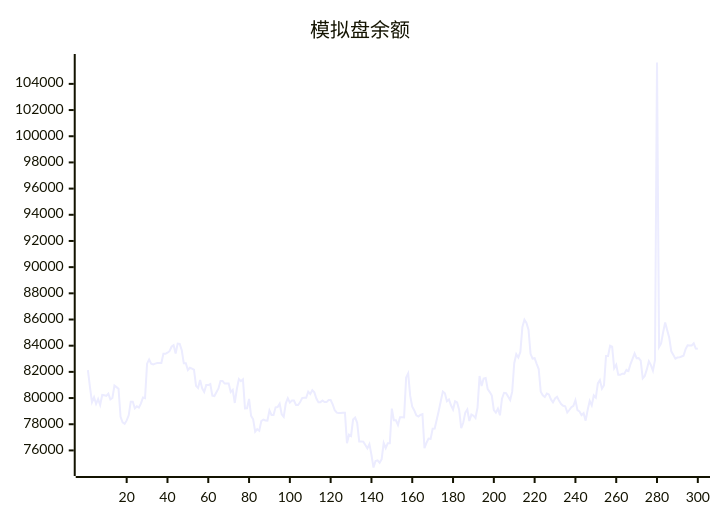
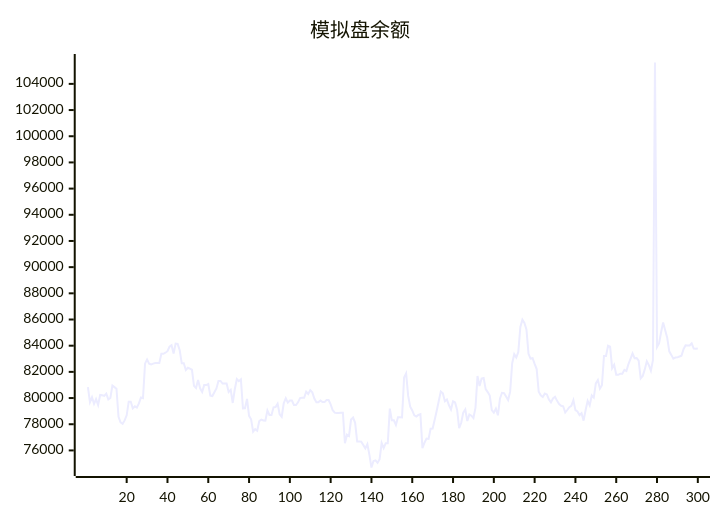
The diagram in README.md (aahl/ai-trading), drawn with Mermaid before and after one commit. The commit also changed other lines of this file and 1 other file, not shown here.

````diff
--- a/README.md
+++ b/README.md
@@ -5,5 +5,5 @@
 ```mermaid
 xychart
     title "模拟盘余额"
-    line [82125,80840,79688,80060,79552,79920,79470,80236,80208,80170,80336,79894,80006,80954,80837,80712,78561,78139,78037,78293,78682,79720,79720,79214,79372,79279,79591,80046,79993,82625,82950,82626,82571,82633,82670,82670,82681,83386,83378,83464,83579,83920,84037,83402,84160,84142,83652,82655,82655,82145,82315,82243,82163,80934,80770,81371,80742,80468,80989,80989,81067,80191,80155,80450,80737,81309,81309,81106,81119,81119,80471,80631,79624,80670,81448,81290,81429,79212,79222,79940,78643,78380,77432,77623,77504,78235,78358,78284,78277,79048,78714,78714,79290,79308,79567,78763,78563,79603,79988,79652,79813,79813,79476,79469,79673,79995,80015,80015,80486,80314,80600,80436,79966,79689,79689,79819,79692,79692,79850,79850,79518,79071,78889,78850,78850,78878,78878,76554,77202,77103,78357,78510,78106,76678,76677,76672,76411,76159,76485,75656,74695,75197,75246,75052,75334,76564,76179,76553,76551,79196,78300,78300,77944,78531,78531,78521,81564,81884,80160,79335,79055,78675,78580,78708,78764,76179,76586,76902,76876,77658,77669,78346,79023,79769,80497,80366,79761,79896,79448,79126,79749,79658,79097,77695,78114,78888,79126,78249,78738,78653,78478,79271,81680,80923,81488,81527,80681,80455,80190,79084,78879,79193,78686,79954,80403,80374,80118,79848,80491,82665,83351,83098,83525,85430,85983,85737,85221,83378,83014,83043,82613,82216,80477,80208,80081,80348,80277,79894,79670,79965,80093,79786,79542,79406,79371,78893,79087,79304,79406,79841,79072,78978,78696,78846,78272,79085,79787,79442,80198,80031,81120,81379,80718,80985,83214,83212,83993,83921,82270,82547,81776,81776,81866,81866,82158,82061,82596,83000,83408,83041,83050,82858,81503,81691,82188,82812,82517,82092,82901,105633,83898,84180,85030,85781,85178,84604,83569,83298,83008,83093,83107,83175,83228,83729,84025,84017,84019,84177,83775,83762]
+    line [80840,79688,80060,79552,79920,79470,80236,80208,80170,80336,79894,80006,80954,80837,80712,78561,78139,78037,78293,78682,79720,79720,79214,79372,79279,79591,80046,79993,82625,82950,82626,82571,82633,82670,82670,82681,83386,83378,83464,83579,83920,84037,83402,84160,84142,83652,82655,82655,82145,82315,82243,82163,80934,80770,81371,80742,80468,80989,80989,81067,80191,80155,80450,80737,81309,81309,81106,81119,81119,80471,80631,79624,80670,81448,81290,81429,79212,79222,79940,78643,78380,77432,77623,77504,78235,78358,78284,78277,79048,78714,78714,79290,79308,79567,78763,78563,79603,79988,79652,79813,79813,79476,79469,79673,79995,80015,80015,80486,80314,80600,80436,79966,79689,79689,79819,79692,79692,79850,79850,79518,79071,78889,78850,78850,78878,78878,76554,77202,77103,78357,78510,78106,76678,76677,76672,76411,76159,76485,75656,74695,75197,75246,75052,75334,76564,76179,76553,76551,79196,78300,78300,77944,78531,78531,78521,81564,81884,80160,79335,79055,78675,78580,78708,78764,76179,76586,76902,76876,77658,77669,78346,79023,79769,80497,80366,79761,79896,79448,79126,79749,79658,79097,77695,78114,78888,79126,78249,78738,78653,78478,79271,81680,80923,81488,81527,80681,80455,80190,79084,78879,79193,78686,79954,80403,80374,80118,79848,80491,82665,83351,83098,83525,85430,85983,85737,85221,83378,83014,83043,82613,82216,80477,80208,80081,80348,80277,79894,79670,79965,80093,79786,79542,79406,79371,78893,79087,79304,79406,79841,79072,78978,78696,78846,78272,79085,79787,79442,80198,80031,81120,81379,80718,80985,83214,83212,83993,83921,82270,82547,81776,81776,81866,81866,82158,82061,82596,83000,83408,83041,83050,82858,81503,81691,82188,82812,82517,82092,82901,105633,83898,84180,85030,85781,85178,84604,83569,83298,83008,83093,83107,83175,83228,83729,84025,84017,84019,84177,83775,83762,83785]
 ```
````
